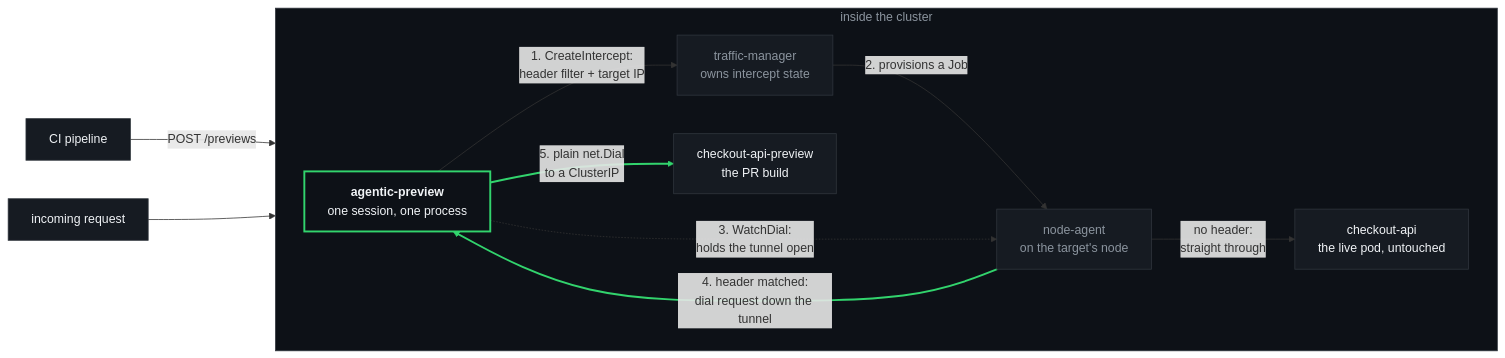
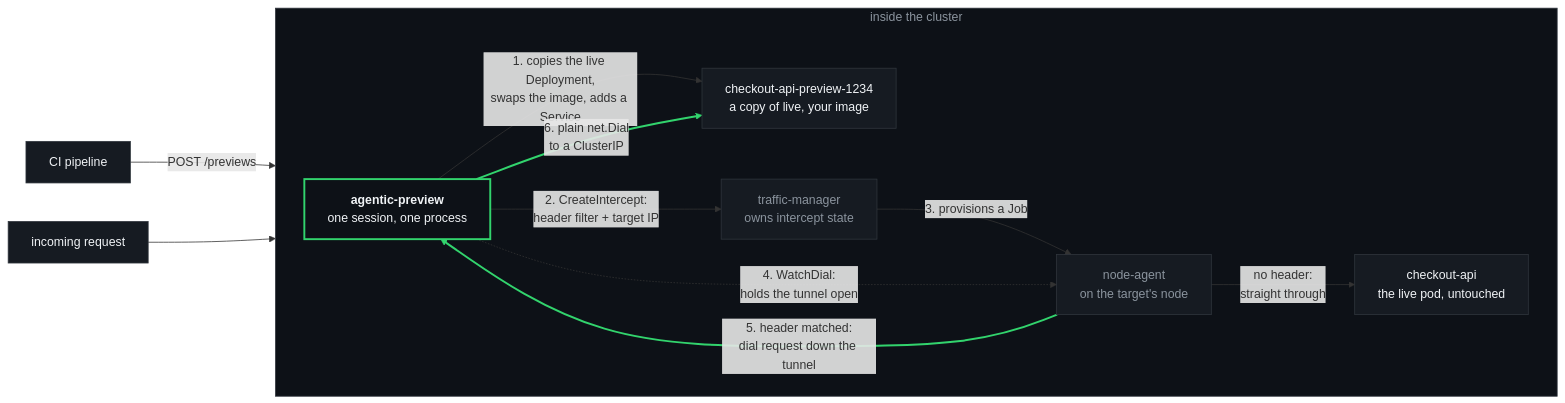
One commit to Alchemy86/agentic-preview changed the first of 2 diagrams in README.md. Above: the diagram before and after it, drawn with Mermaid. The commit also changed other lines of this file and 22 other files, not shown here.

First line of the commit message:
Create the preview pod, not just the route

````diff
--- a/README.md
+++ b/README.md
@@ -75,33 +80,34 @@
 ```mermaid
 flowchart LR
     CI["CI pipeline"]
     IN["incoming request"]
 
     subgraph K["inside the cluster"]
         direction LR
         AP["<b>agentic-preview</b><br/>one session, one process"]
         TM["traffic-manager<br/>owns intercept state"]
         NA["node-agent<br/>on the target's node"]
         LIVE["checkout-api<br/>the live pod, untouched"]
-        PREV["checkout-api-preview<br/>the PR build"]
+        PREV["checkout-api-preview-1234<br/>a copy of live, your image"]
     end
 
     CI -- "POST /previews" --> AP
-    AP -- "1. CreateIntercept:<br/>header filter + target IP" --> TM
-    TM -- "2. provisions a Job" --> NA
-    AP -. "3. WatchDial:<br/>holds the tunnel open" .-> NA
+    AP -- "1. copies the live Deployment,<br/>swaps the image, adds a Service" --> PREV
+    AP -- "2. CreateIntercept:<br/>header filter + target IP" --> TM
+    TM -- "3. provisions a Job" --> NA
+    AP -. "4. WatchDial:<br/>holds the tunnel open" .-> NA
 
     IN --> NA
     NA -- "no header:<br/>straight through" --> LIVE
-    NA == "4. header matched:<br/>dial request down the tunnel" ==> AP
-    AP == "5. plain net.Dial<br/>to a ClusterIP" ==> PREV
+    NA == "5. header matched:<br/>dial request down the tunnel" ==> AP
+    AP == "6. plain net.Dial<br/>to a ClusterIP" ==> PREV
 
     classDef me fill:#0d1117,stroke:#32d46d,stroke-width:2.5px,color:#f0f3f6
     classDef tp fill:#161b22,stroke:#30363d,stroke-width:1px,color:#8b949e
     classDef app fill:#161b22,stroke:#30363d,stroke-width:1px,color:#f0f3f6
     class AP me
     class TM,NA tp
     class LIVE,PREV,IN,CI app
     style K fill:#0d1117,stroke:#30363d,stroke-width:1px,color:#8b949e
-    linkStyle 6,7 stroke:#32d46d,stroke-width:2.5px
+    linkStyle 7,8 stroke:#32d46d,stroke-width:2.5px
 ```
````
